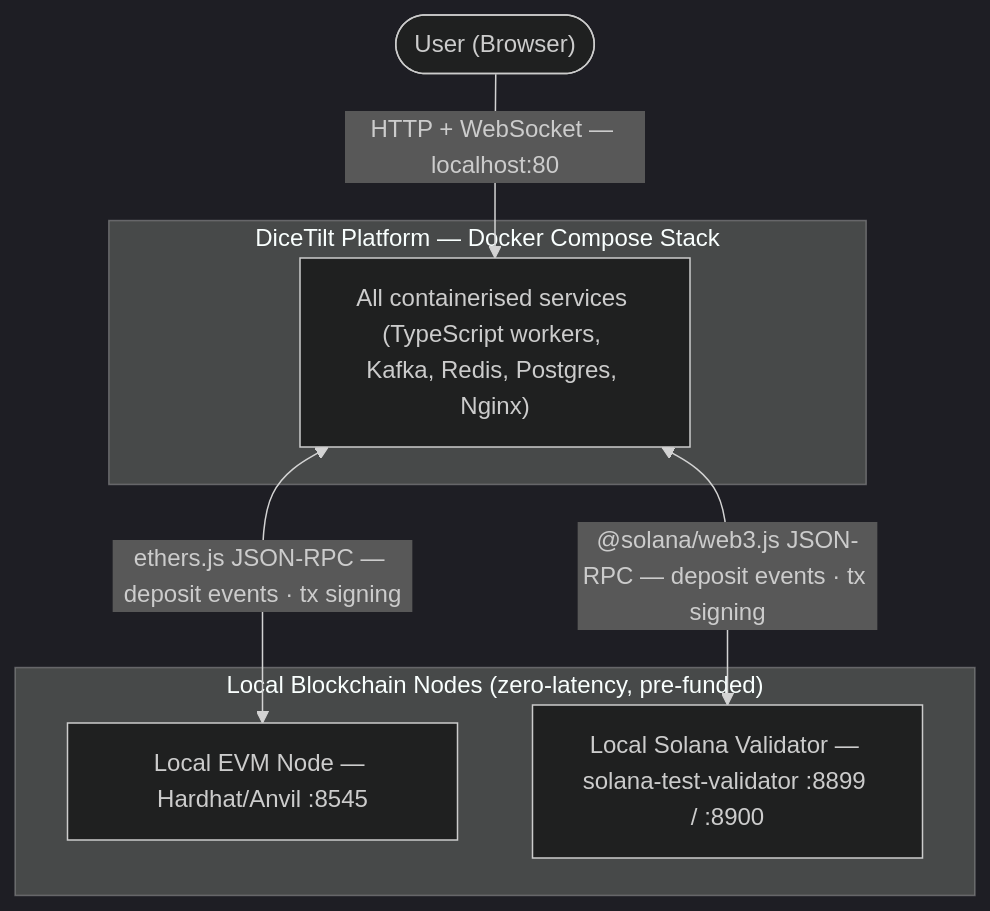
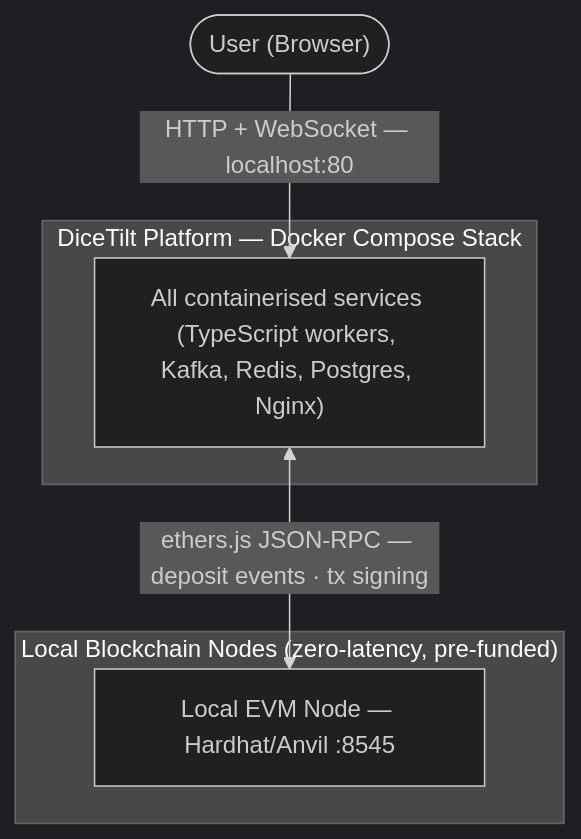
The first of 3 diagrams in documentation/architecture-overview.md (Fennzo/DiceTilt), drawn with Mermaid (dark theme) before and after one commit. The commit also changed other lines of this file and 24 other files, not shown here.

Commit message:
align architecture docs with current runtime implementation

````diff
--- a/documentation/architecture-overview.md
+++ b/documentation/architecture-overview.md
@@ -11,17 +11,15 @@
 ```mermaid
 graph TD
     User(["User (Browser)"])
 
     subgraph "DiceTilt Platform — Docker Compose Stack"
         DT["All containerised services (TypeScript workers, Kafka, Redis, Postgres, Nginx)"]
     end
 
     subgraph "Local Blockchain Nodes (zero-latency, pre-funded)"
         EVM["Local EVM Node — Hardhat/Anvil :8545"]
-        SOL["Local Solana Validator — solana-test-validator :8899 / :8900"]
     end
 
     User -->|"HTTP + WebSocket — localhost:80"| DT
     DT <-->|"ethers.js JSON-RPC — deposit events · tx signing"| EVM
-    DT <-->|"@solana/web3.js JSON-RPC — deposit events · tx signing"| SOL
 ```
````
